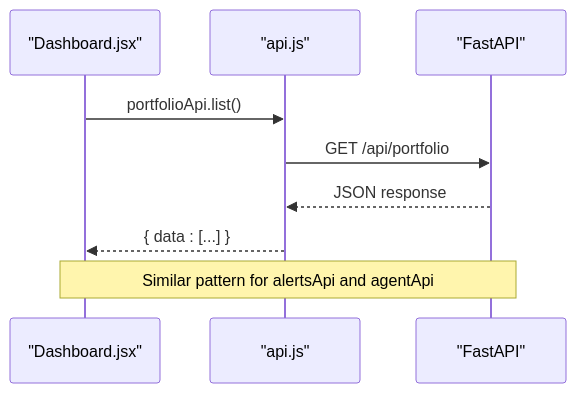
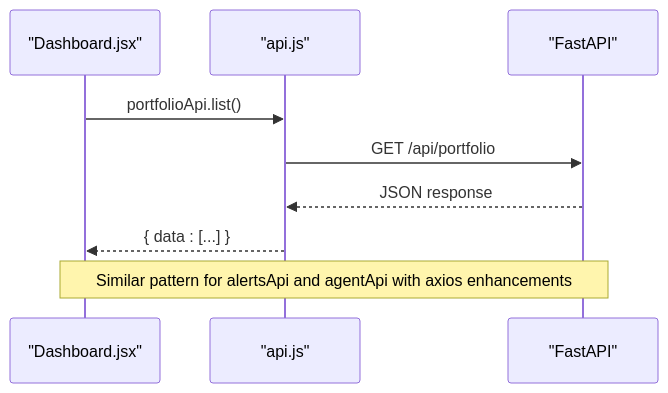
One commit to ishwarambare/ishwarambare-app changed the fifth of 10 diagrams in .qoder/repowiki/en/content/Frontend Architecture/React Application Structure.md. Above: the diagram before and after it, drawn with Mermaid. The commit also changed other lines of this file and 4 other files, not shown here.

````diff
--- a/.qoder/repowiki/en/content/Frontend Architecture/React Application Structure.md
+++ b/.qoder/repowiki/en/content/Frontend Architecture/React Application Structure.md
@@ -242,11 +285,11 @@
 ```mermaid
 sequenceDiagram
 participant Page as "Dashboard.jsx"
 participant API as "api.js"
 participant Backend as "FastAPI"
 Page->>API : portfolioApi.list()
 API->>Backend : GET /api/portfolio
 Backend-->>API : JSON response
 API-->>Page : { data : [...] }
-Note over Page,Backend : Similar pattern for alertsApi and agentApi
+Note over Page,Backend : Similar pattern for alertsApi and agentApi with axios enhancements
 ```
````
